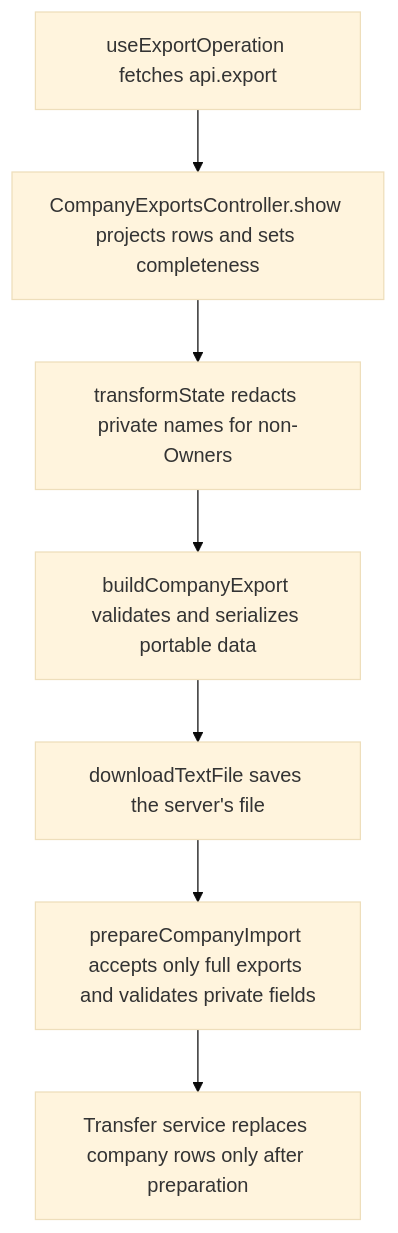
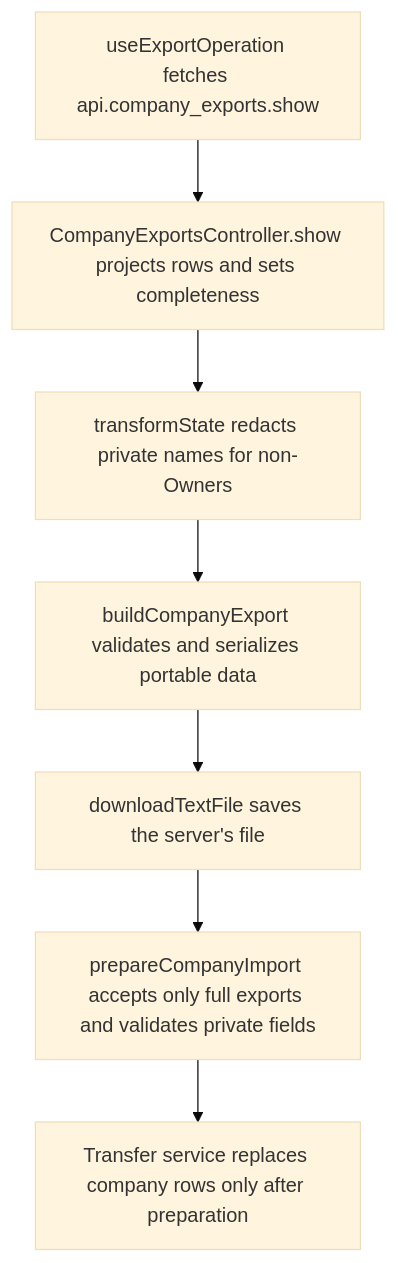
One commit to Kevinjohn/capacitylens changed the second of 2 diagrams in user-stories/data/US-DAT-07-private-name-portability.md. Above: the diagram before and after it, drawn with Mermaid (base theme). The commit also changed 153 other files, not shown here.

````diff
--- a/user-stories/data/US-DAT-07-private-name-portability.md
+++ b/user-stories/data/US-DAT-07-private-name-portability.md
@@ -29,9 +29,9 @@
 ```mermaid
 flowchart TD
-  fetch["useExportOperation fetches api.export"] --> role["CompanyExportsController.show projects rows and sets completeness"]
+  fetch["useExportOperation fetches api.company_exports.show"] --> role["CompanyExportsController.show projects rows and sets completeness"]
   role --> project["transformState redacts private names for non-Owners"]
   project --> beta["buildCompanyExport validates and serializes portable data"]
   beta --> file["downloadTextFile saves the server's file"]
   file --> import["prepareCompanyImport accepts only full exports and validates private fields"]
   import --> replace["Transfer service replaces company rows only after preparation"]
 ```
````
